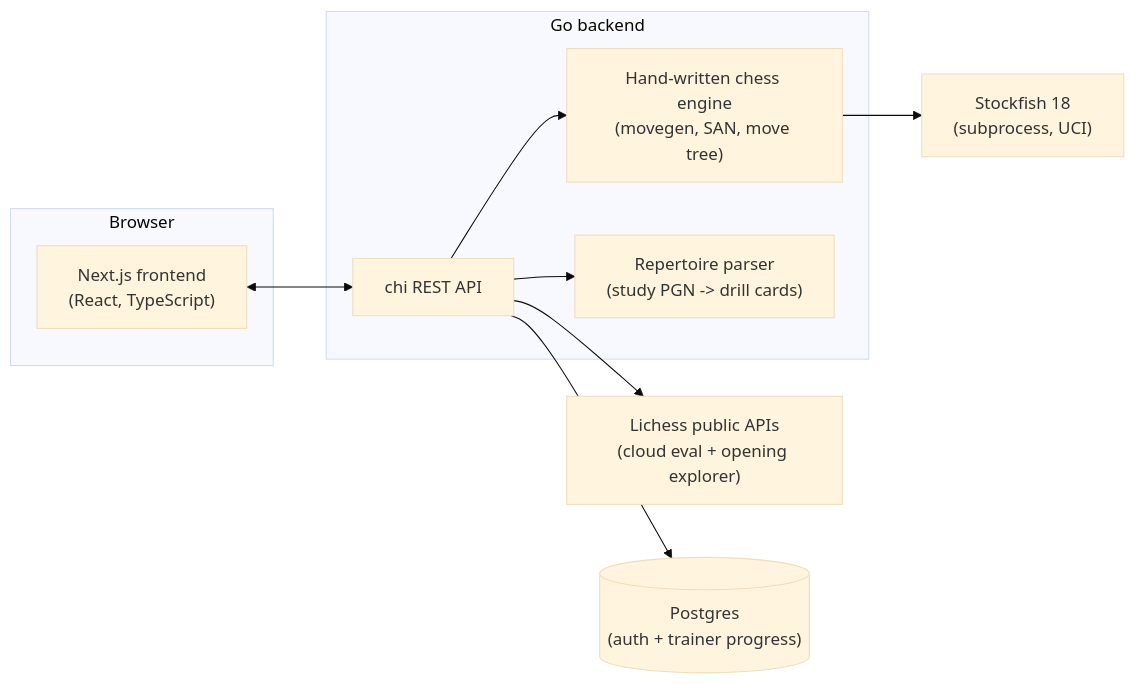
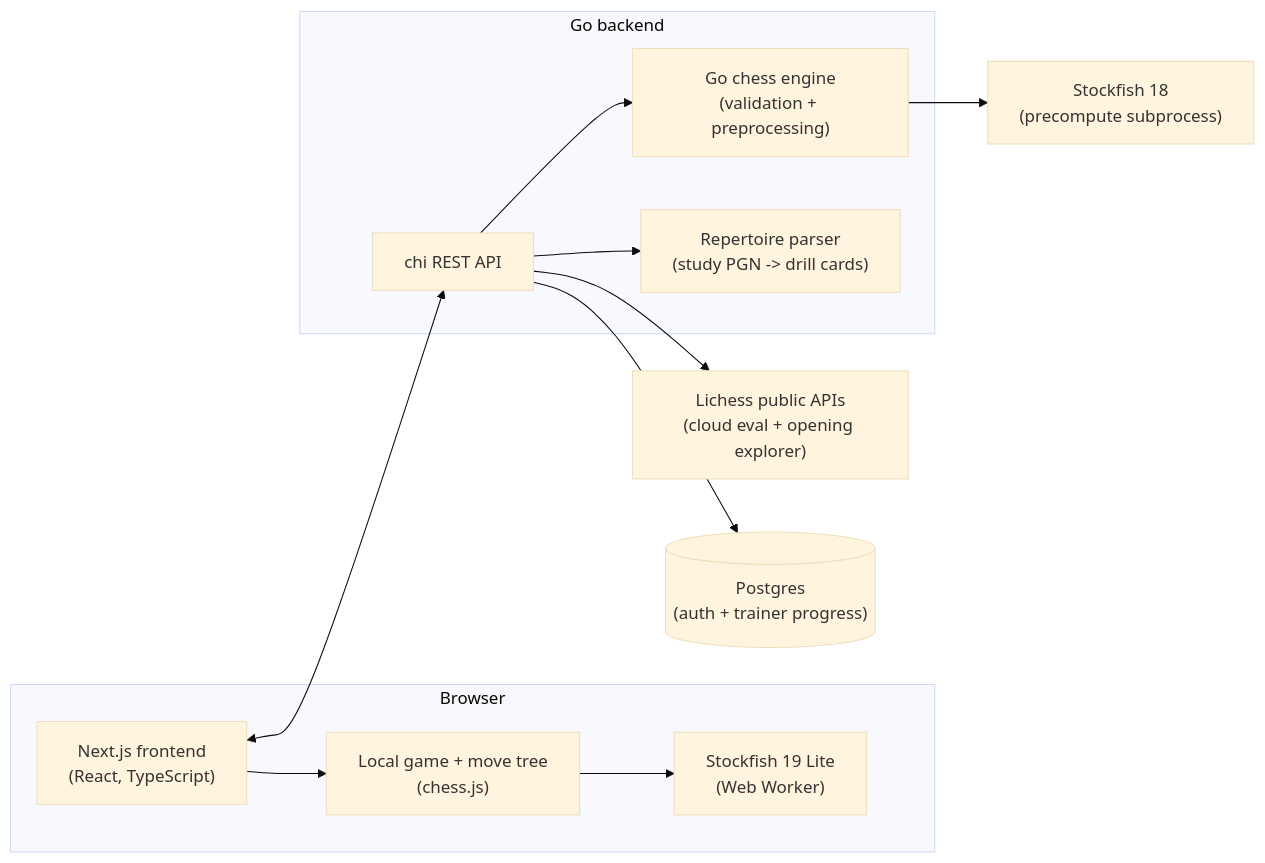
The diagram in README.md (vuphan121/chesslab), drawn with Mermaid (base theme) before and after one commit. The commit also changed other lines of this file and 21 other files, not shown here.

````diff
--- a/README.md
+++ b/README.md
@@ -108,23 +109,27 @@
 ```mermaid
 flowchart LR
     subgraph Browser
         FE["Next.js frontend<br/>(React, TypeScript)"]
+        GAME["Local game + move tree<br/>(chess.js)"]
+        WASM["Stockfish 19 Lite<br/>(Web Worker)"]
     end
 
     subgraph Server["Go backend"]
         API["chi REST API"]
-        ENGINE["Hand-written chess engine<br/>(movegen, SAN, move tree)"]
+        ENGINE["Go chess engine<br/>(validation + preprocessing)"]
         REP["Repertoire parser<br/>(study PGN -> drill cards)"]
     end
 
-    SF["Stockfish 18<br/>(subprocess, UCI)"]
+    SF["Stockfish 18<br/>(precompute subprocess)"]
     LICHESS["Lichess public APIs<br/>(cloud eval + opening explorer)"]
     PG[("Postgres<br/>(auth + trainer progress)")]
 
     FE <--> API
+    FE --> GAME
+    GAME --> WASM
     API --> ENGINE
     API --> REP
     ENGINE --> SF
     API --> LICHESS
     API --> PG
 ```
````
